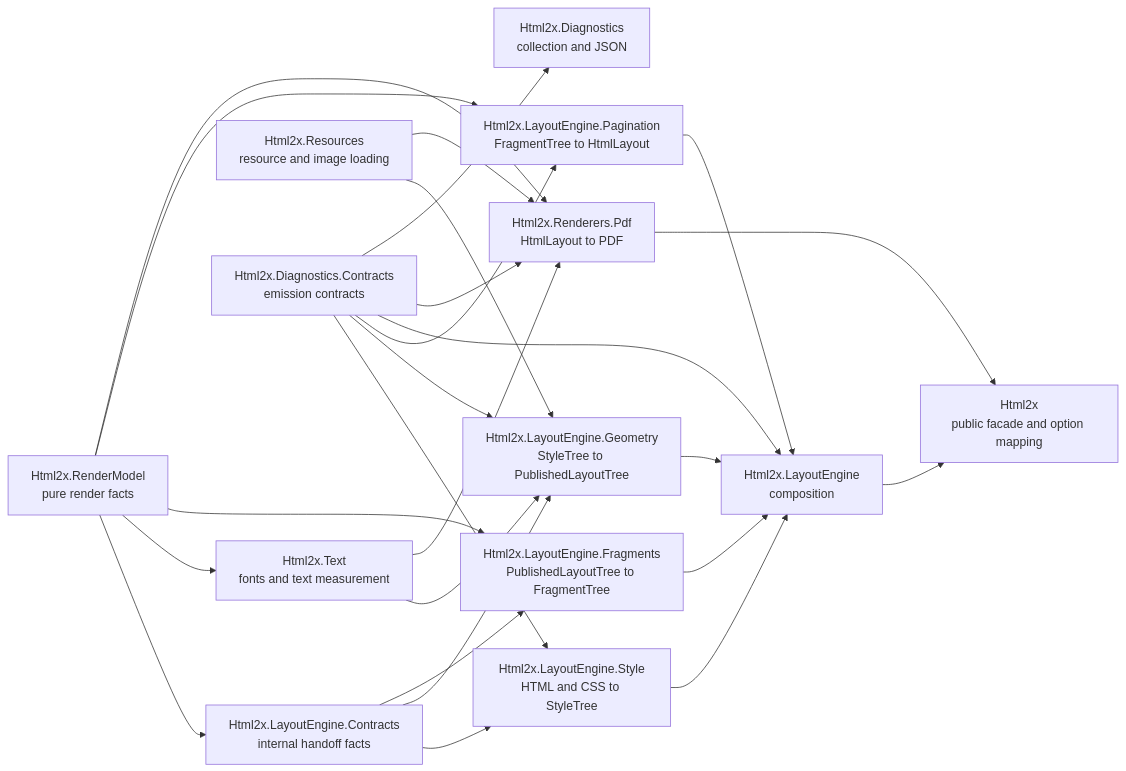
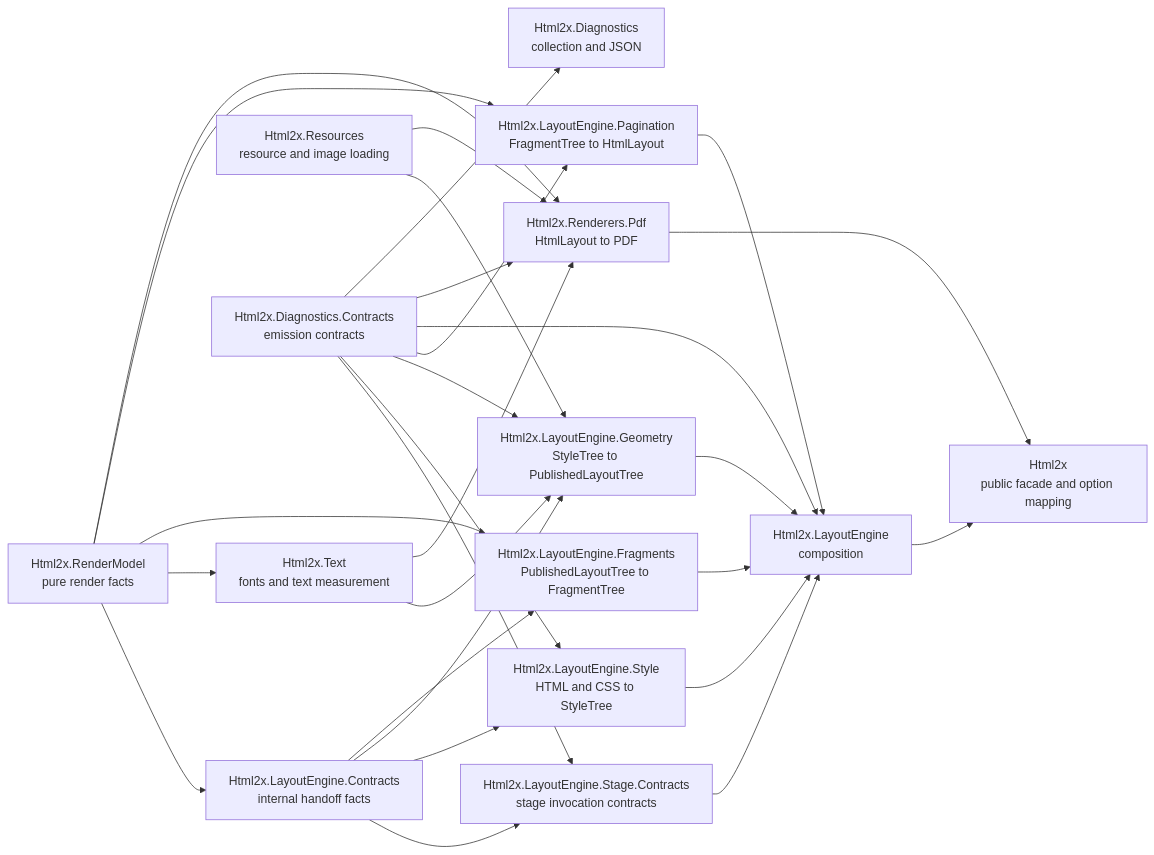
Before and after one commit to georgespok/html2x: the diagram in docs/architecture/module-boundaries.md, drawn with Mermaid. The commit also changed other lines of this file and 27 other files, not shown here.

First line of the commit message:
Introduce layout stage contracts for geometry invocation

````diff
--- a/docs/architecture/module-boundaries.md
+++ b/docs/architecture/module-boundaries.md
@@ -8,41 +8,45 @@
 ```mermaid
 flowchart LR
     RenderModel["Html2x.RenderModel<br/>pure render facts"]
     Contracts["Html2x.LayoutEngine.Contracts<br/>internal handoff facts"]
     Style["Html2x.LayoutEngine.Style<br/>HTML and CSS to StyleTree"]
     Geometry["Html2x.LayoutEngine.Geometry<br/>StyleTree to PublishedLayoutTree"]
     Fragments["Html2x.LayoutEngine.Fragments<br/>PublishedLayoutTree to FragmentTree"]
     Pagination["Html2x.LayoutEngine.Pagination<br/>FragmentTree to HtmlLayout"]
     LayoutEngine["Html2x.LayoutEngine<br/>composition"]
     Pdf["Html2x.Renderers.Pdf<br/>HtmlLayout to PDF"]
     Facade["Html2x<br/>public facade and option mapping"]
     Text["Html2x.Text<br/>fonts and text measurement"]
     Resources["Html2x.Resources<br/>resource and image loading"]
     DiagnosticsContracts["Html2x.Diagnostics.Contracts<br/>emission contracts"]
     Diagnostics["Html2x.Diagnostics<br/>collection and JSON"]
+    StageContracts["Html2x.LayoutEngine.Stage.Contracts<br/>stage invocation contracts"]
 
     RenderModel --> Contracts
+    Contracts --> StageContracts
     RenderModel --> Text
     RenderModel --> Fragments
     RenderModel --> Pagination
     RenderModel --> Pdf
     Contracts --> Style
     Contracts --> Geometry
     Contracts --> Fragments
     Style --> LayoutEngine
     Geometry --> LayoutEngine
     Fragments --> LayoutEngine
     Pagination --> LayoutEngine
     Text --> Geometry
     Text --> Pdf
     Resources --> Geometry
     Resources --> Pdf
+    DiagnosticsContracts --> StageContracts
     DiagnosticsContracts --> Style
     DiagnosticsContracts --> Geometry
     DiagnosticsContracts --> Pagination
     DiagnosticsContracts --> LayoutEngine
     DiagnosticsContracts --> Pdf
     DiagnosticsContracts --> Diagnostics
     LayoutEngine --> Facade
     Pdf --> Facade
+    StageContracts --> LayoutEngine
 ```
````
